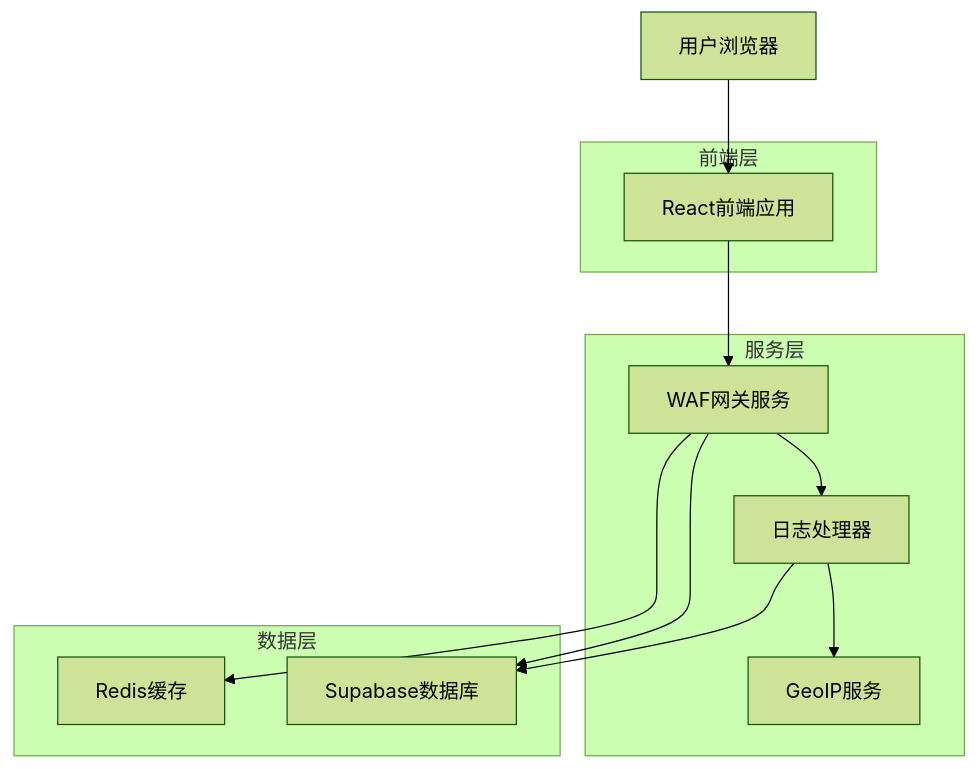
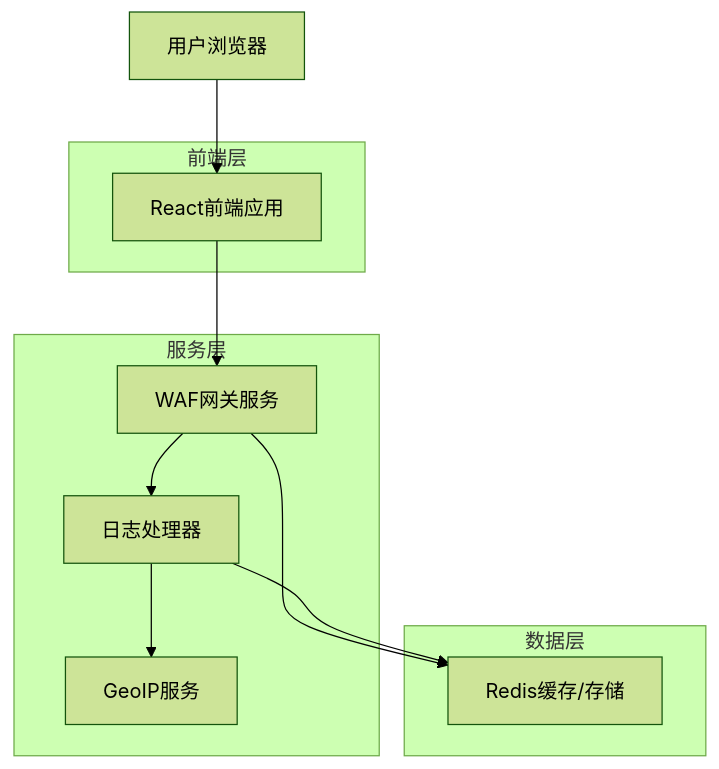
Before and after one commit to xiaofang142/PrerenderShield: the first of 2 diagrams in .trae/documents/waf_technical_architecture.md, drawn with Mermaid (forest theme). The commit also changed other lines of this file and 11 other files, not shown here.

````diff
--- a/.trae/documents/waf_technical_architecture.md
+++ b/.trae/documents/waf_technical_architecture.md
@@ -3,25 +3,23 @@
 ```mermaid
 graph TD
     A[用户浏览器] --> B[React前端应用]
     B --> C[WAF网关服务]
-    C --> D[Redis缓存]
-    C --> E[Supabase数据库]
+    C --> D[Redis缓存/存储]
     C --> F[日志处理器]
     F --> G[GeoIP服务]
-    F --> E
+    F --> D
     
     subgraph "前端层"
         B
     end
     
     subgraph "服务层"
         C
         F
         G
     end
     
     subgraph "数据层"
         D
-        E
     end
 ```
````
